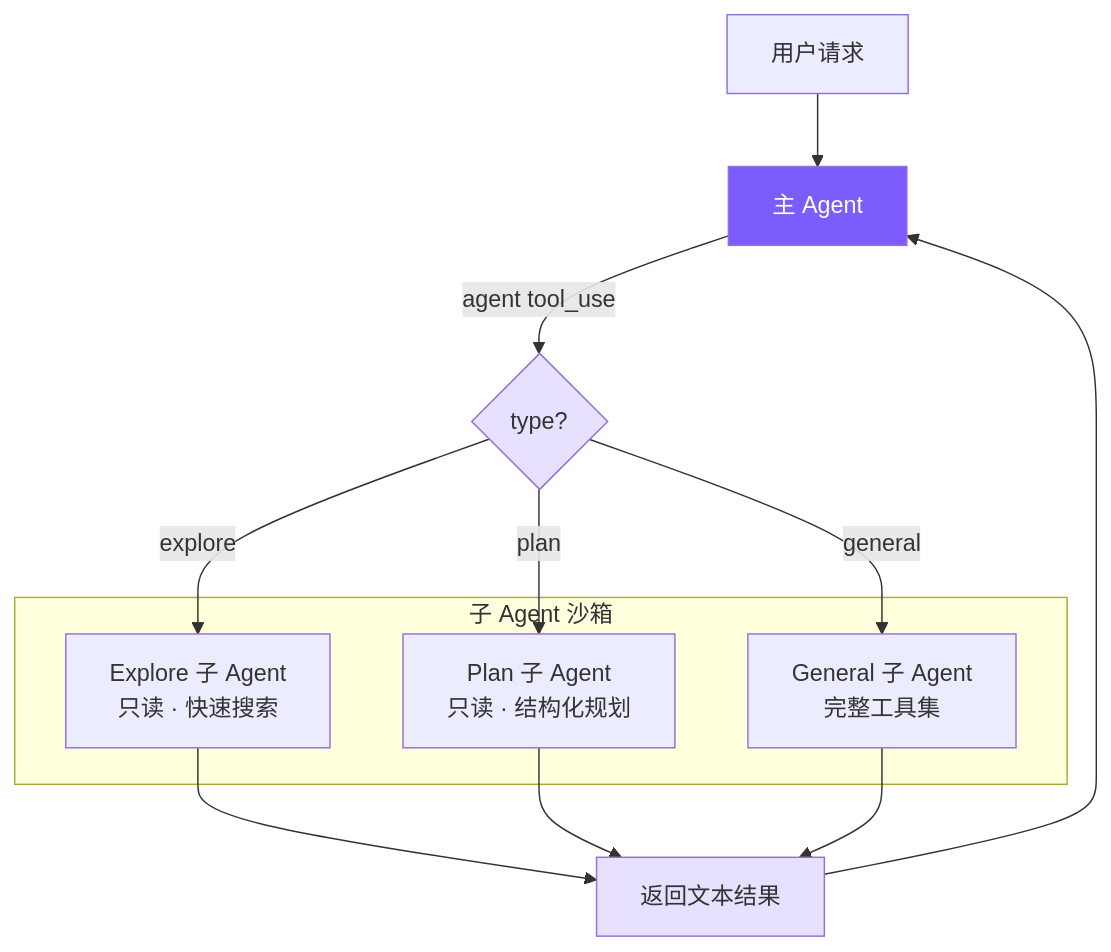
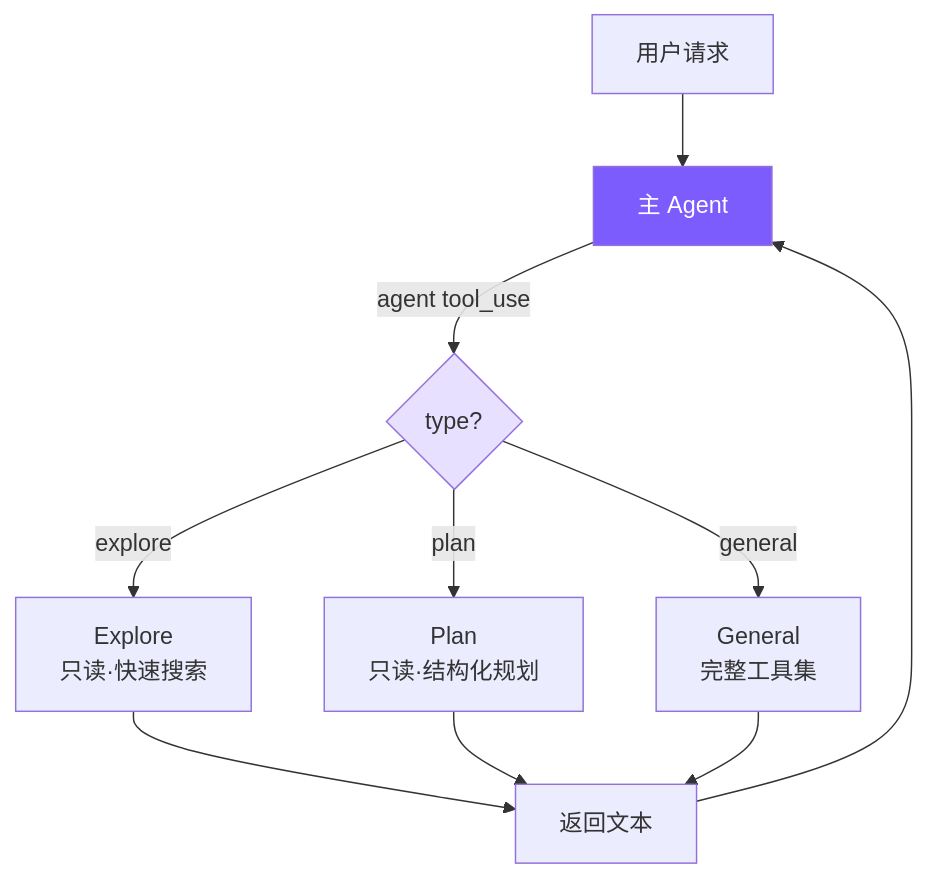
One commit to joinmouse/claude-code-mini changed the diagram in docs/11-multi-agent.md. Above: the diagram before and after it, drawn with Mermaid. The commit also changed other lines of this file and 30 other files, not shown here.

````diff
--- a/docs/11-multi-agent.md
+++ b/docs/11-multi-agent.md
@@ -7,23 +5,16 @@
 ```mermaid
 graph TB
     User[用户请求] --> Main[主 Agent]
     Main -->|agent tool_use| Dispatch{type?}
-    Dispatch -->|explore| Explore[Explore 子 Agent<br/>只读 · 快速搜索]
-    Dispatch -->|plan| Plan[Plan 子 Agent<br/>只读 · 结构化规划]
-    Dispatch -->|general| General[General 子 Agent<br/>完整工具集]
+    Dispatch -->|explore| Explore[Explore<br/>只读·快速搜索]
+    Dispatch -->|plan| Plan[Plan<br/>只读·结构化规划]
+    Dispatch -->|general| General[General<br/>完整工具集]
 
-    Explore --> Result[返回文本结果]
+    Explore --> Result[返回文本]
     Plan --> Result
     General --> Result
     Result --> Main
 
-    subgraph 子 Agent 沙箱
-        Explore
-        Plan
-        General
-    end
-
     style Main fill:#7c5cfc,color:#fff
     style Dispatch fill:#e8e0ff
-    style Result fill:#e8e0ff
 ```
````
